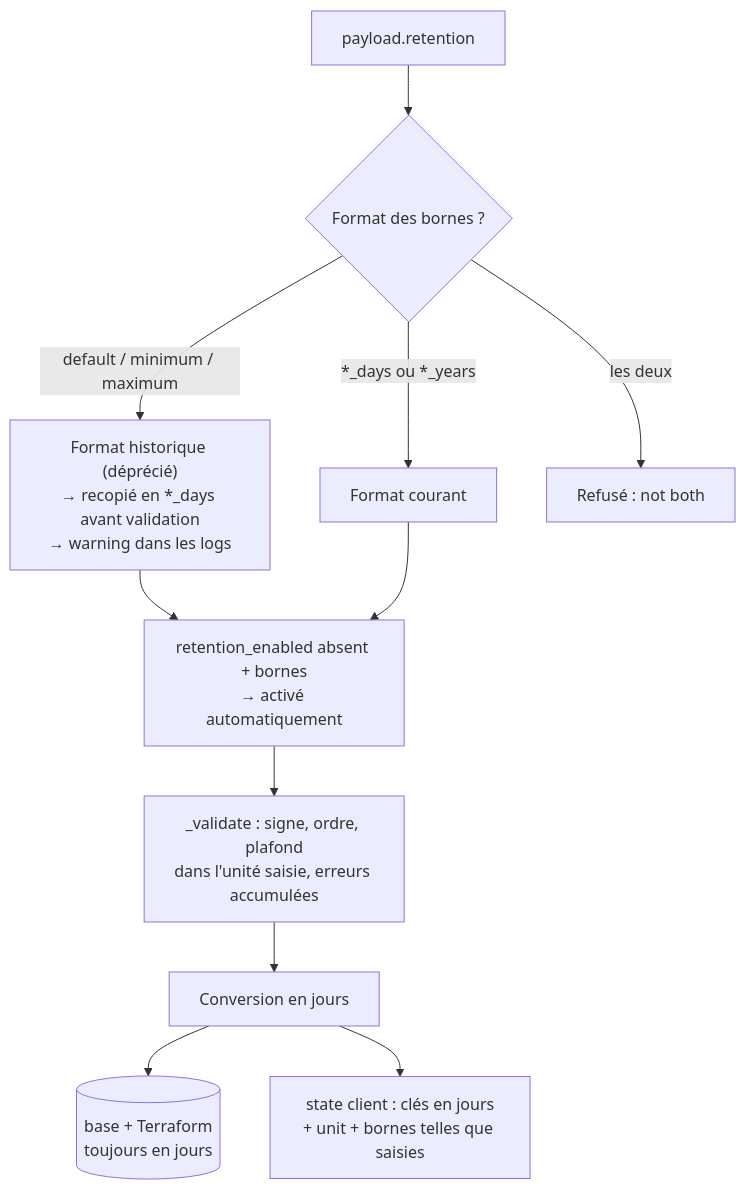
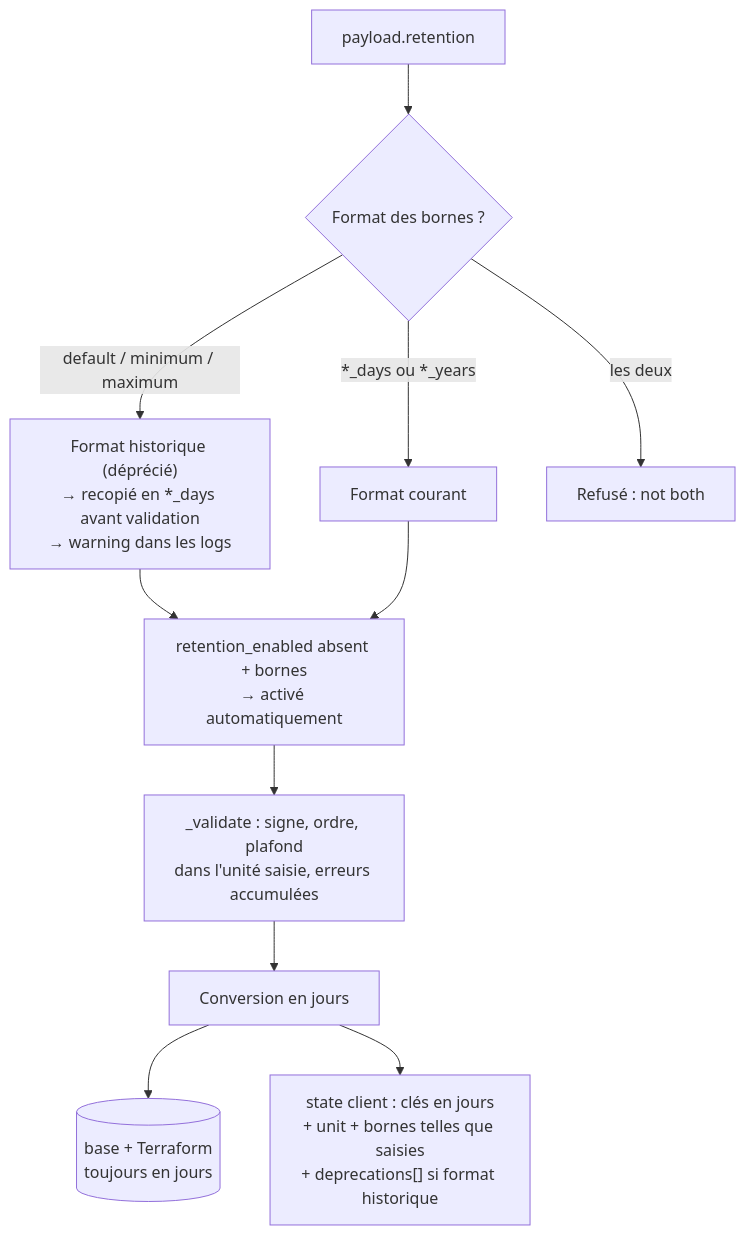
The sixth of 6 diagrams in cos/README.md (karimessouabni/cos), drawn with Mermaid before and after one commit. The commit also changed other lines of this file and 9 other files, not shown here.

First line of the commit message:
Report the legacy retention format to the client as a deprecation notice

````diff
--- a/cos/README.md
+++ b/cos/README.md
@@ -262,13 +262,13 @@
 ```mermaid
 flowchart TD
     P["payload.retention"] --> Q{Format des bornes ?}
     Q -->|"default / minimum / maximum"| L["Format historique (déprécié)<br/>→ recopié en *_days avant validation<br/>→ warning dans les logs"]
     Q -->|"*_days ou *_years"| N["Format courant"]
     Q -->|"les deux"| R["Refusé : not both"]
     L --> A["retention_enabled absent + bornes<br/>→ activé automatiquement"]
     N --> A
     A --> C["_validate : signe, ordre, plafond<br/>dans l'unité saisie, erreurs accumulées"]
     C --> J["Conversion en jours"]
     J --> DB[("base + Terraform<br/>toujours en jours")]
-    J --> ST["state client : clés en jours<br/>+ unit + bornes telles que saisies"]
+    J --> ST["state client : clés en jours<br/>+ unit + bornes telles que saisies<br/>+ deprecations[] si format historique"]
 ```
````
